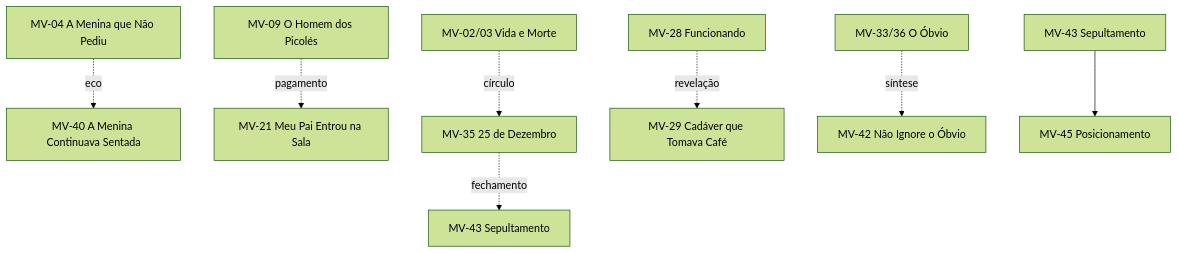
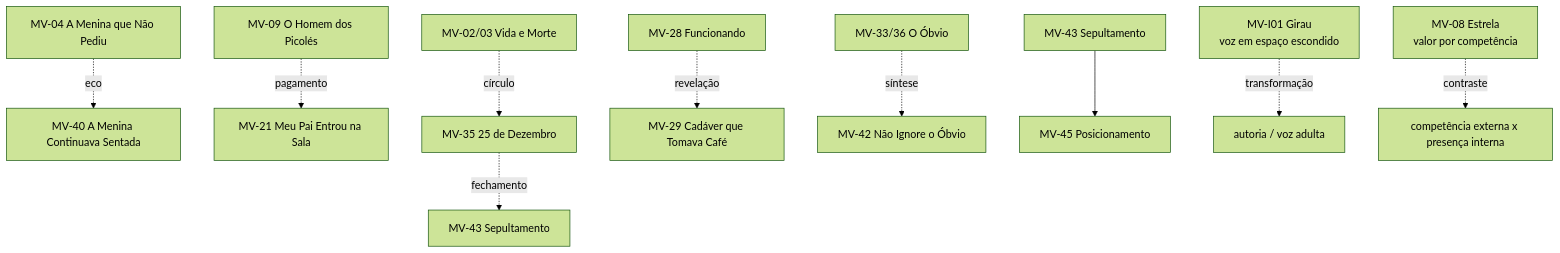
One commit to Sollimastudio/trilogia-sol-lima changed the fifth of 5 diagrams in 01_MORTE_EM_VIDA/MAPA_VISUAL_CAPITULOS.md. Above: the diagram before and after it, drawn with Mermaid (forest theme). The commit also changed other lines of this file, not shown here.

````diff
--- a/01_MORTE_EM_VIDA/MAPA_VISUAL_CAPITULOS.md
+++ b/01_MORTE_EM_VIDA/MAPA_VISUAL_CAPITULOS.md
@@ -74,10 +81,12 @@
 ```mermaid
 flowchart TD
 A[MV-04 A Menina que Não Pediu] -. eco .-> B[MV-40 A Menina Continuava Sentada]
 C[MV-09 O Homem dos Picolés] -. pagamento .-> D[MV-21 Meu Pai Entrou na Sala]
 E[MV-02/03 Vida e Morte] -. círculo .-> F[MV-35 25 de Dezembro]
 F -. fechamento .-> G[MV-43 Sepultamento]
 H[MV-28 Funcionando] -. revelação .-> I[MV-29 Cadáver que Tomava Café]
 J[MV-33/36 O Óbvio] -. síntese .-> K[MV-42 Não Ignore o Óbvio]
 L[MV-43 Sepultamento] --> M[MV-45 Posicionamento]
+N[MV-I01 Girau\nvoz em espaço escondido] -. transformação .-> O[autoria / voz adulta]
+P[MV-08 Estrela\nvalor por competência] -. contraste .-> Q[competência externa x presença interna]
 ```
````
